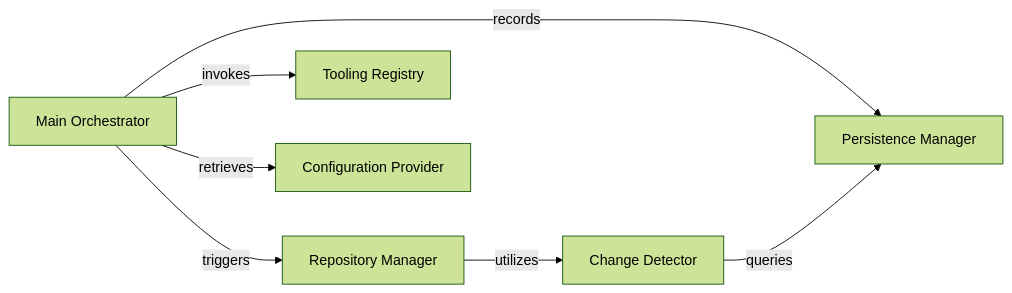
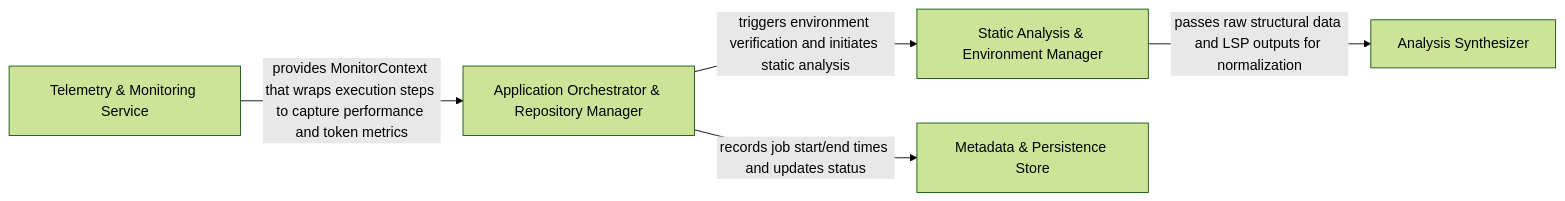
The diagram in .codeboarding/Application_Orchestrator_Repository_Manager.md (CodeBoarding/CodeBoarding), drawn with Mermaid (forest theme) before and after one commit. The commit also changed other lines of this file and 6 other files, not shown here.

````diff
--- a/.codeboarding/Application_Orchestrator_Repository_Manager.md
+++ b/.codeboarding/Application_Orchestrator_Repository_Manager.md
@@ -1,15 +1,12 @@
 ```mermaid
 graph LR
-    Main_Orchestrator["Main Orchestrator"]
-    Repository_Manager["Repository Manager"]
-    Change_Detector["Change Detector"]
-    Tooling_Registry["Tooling Registry"]
-    Persistence_Manager["Persistence Manager"]
-    Configuration_Provider["Configuration Provider"]
-    Main_Orchestrator -- "invokes" --> Tooling_Registry
-    Main_Orchestrator -- "triggers" --> Repository_Manager
-    Repository_Manager -- "utilizes" --> Change_Detector
-    Main_Orchestrator -- "records" --> Persistence_Manager
-    Change_Detector -- "queries" --> Persistence_Manager
-    Main_Orchestrator -- "retrieves" --> Configuration_Provider
+    Application_Orchestrator_Repository_Manager["Application Orchestrator & Repository Manager"]
+    Static_Analysis_Environment_Manager["Static Analysis & Environment Manager"]
+    Analysis_Synthesizer["Analysis Synthesizer"]
+    Metadata_Persistence_Store["Metadata & Persistence Store"]
+    Telemetry_Monitoring_Service["Telemetry & Monitoring Service"]
+    Application_Orchestrator_Repository_Manager -- "triggers environment verification and initiates static analysis" --> Static_Analysis_Environment_Manager
+    Application_Orchestrator_Repository_Manager -- "records job start/end times and updates status" --> Metadata_Persistence_Store
+    Static_Analysis_Environment_Manager -- "passes raw structural data and LSP outputs for normalization" --> Analysis_Synthesizer
+    Telemetry_Monitoring_Service -- "provides MonitorContext that wraps execution steps to capture performance and token metrics" --> Application_Orchestrator_Repository_Manager
 ```
````
